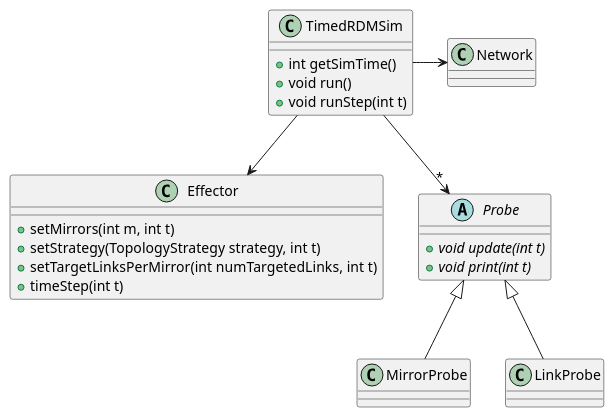
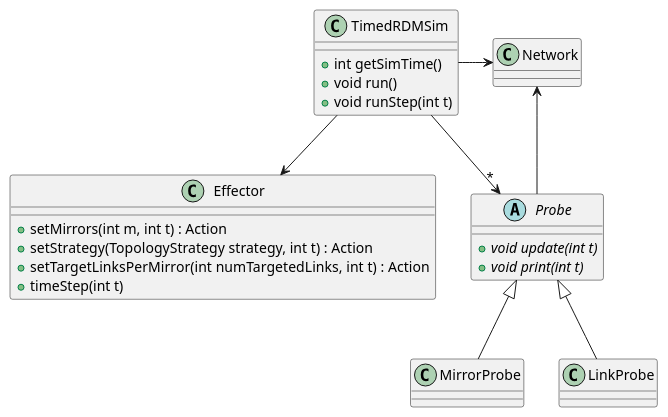
One commit to sebastiangoetz/LRDMSimulator changed the diagram in doc/models/arch.plantuml. Above: the diagram before and after it, drawn with PlantUML. The commit also changed 67 other files, not shown here.

```diff
--- a/doc/models/arch.plantuml
+++ b/doc/models/arch.plantuml
@@ -1,37 +1,39 @@
 @startuml
 class TimedRDMSim
 {
   + int getSimTime()
   + void run()
   + void runStep(int t)
 }
 
 class Effector
 {
-  + setMirrors(int m, int t)
-  + setStrategy(TopologyStrategy strategy, int t)
-  + setTargetLinksPerMirror(int numTargetedLinks, int t)
+  + setMirrors(int m, int t) : Action
+  + setStrategy(TopologyStrategy strategy, int t) : Action
+  + setTargetLinksPerMirror(int numTargetedLinks, int t) : Action
   + timeStep(int t)
 }
 
 
 class Network
 
 abstract class Probe
 {
   + {abstract} void update(int t)
   + {abstract} void print(int t)
 }
 
 class MirrorProbe
 
 class LinkProbe
 
 TimedRDMSim --> Effector
 TimedRDMSim --> "*" Probe
 
 Probe <|-- MirrorProbe
 Probe <|-- LinkProbe
 
 TimedRDMSim -> Network
+
+Network <-- Probe
 @enduml
```
